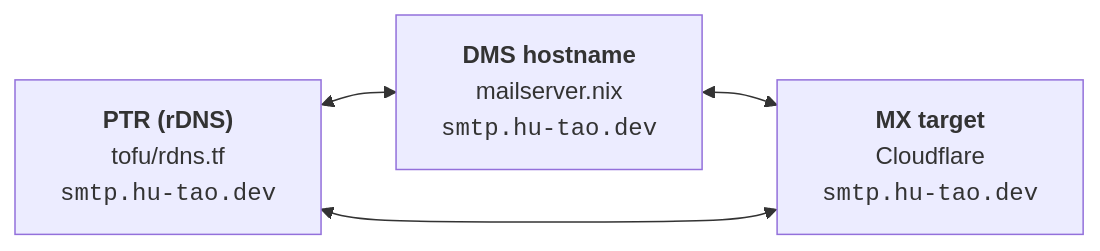
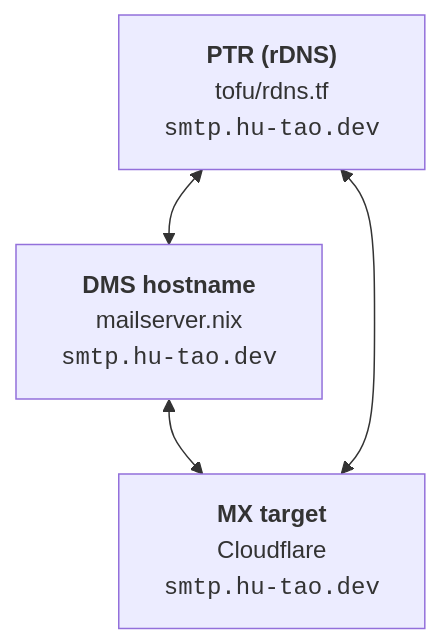
One commit to 1Git2Clone/vps changed the diagram in docs/src/architecture/tls-dns-mail.md. Above: the diagram before and after it, drawn with Mermaid. The commit also changed 8 other files, not shown here.

````diff
--- a/docs/src/architecture/tls-dns-mail.md
+++ b/docs/src/architecture/tls-dns-mail.md
@@ -27,10 +27,10 @@
 ```mermaid
-flowchart LR
+flowchart TB
     ptr["<b>PTR (rDNS)</b><br/>tofu/rdns.tf<br/><code>smtp.hu-tao.dev</code>"]
     dms["<b>DMS hostname</b><br/>mailserver.nix<br/><code>smtp.hu-tao.dev</code>"]
     mx["<b>MX target</b><br/>Cloudflare<br/><code>smtp.hu-tao.dev</code>"]
 
     ptr <--> dms
     dms <--> mx
     mx <--> ptr
 ```
````
